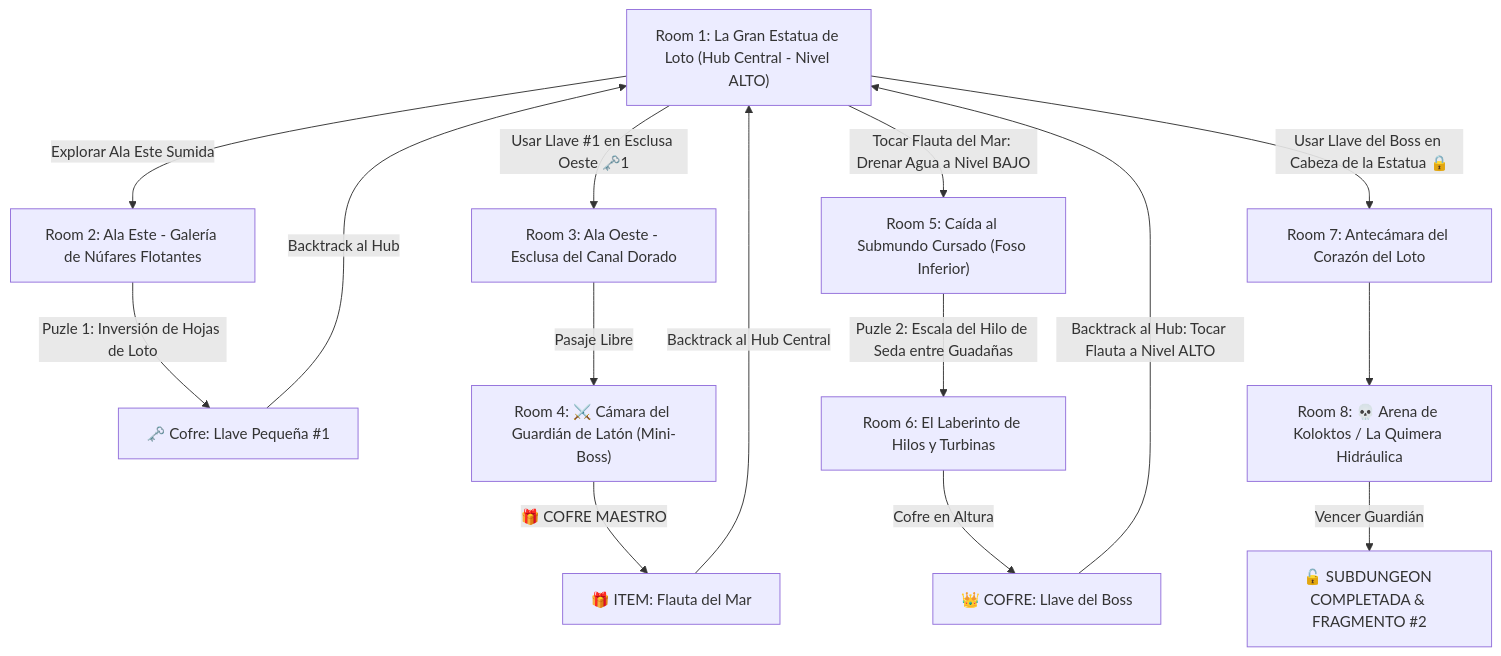
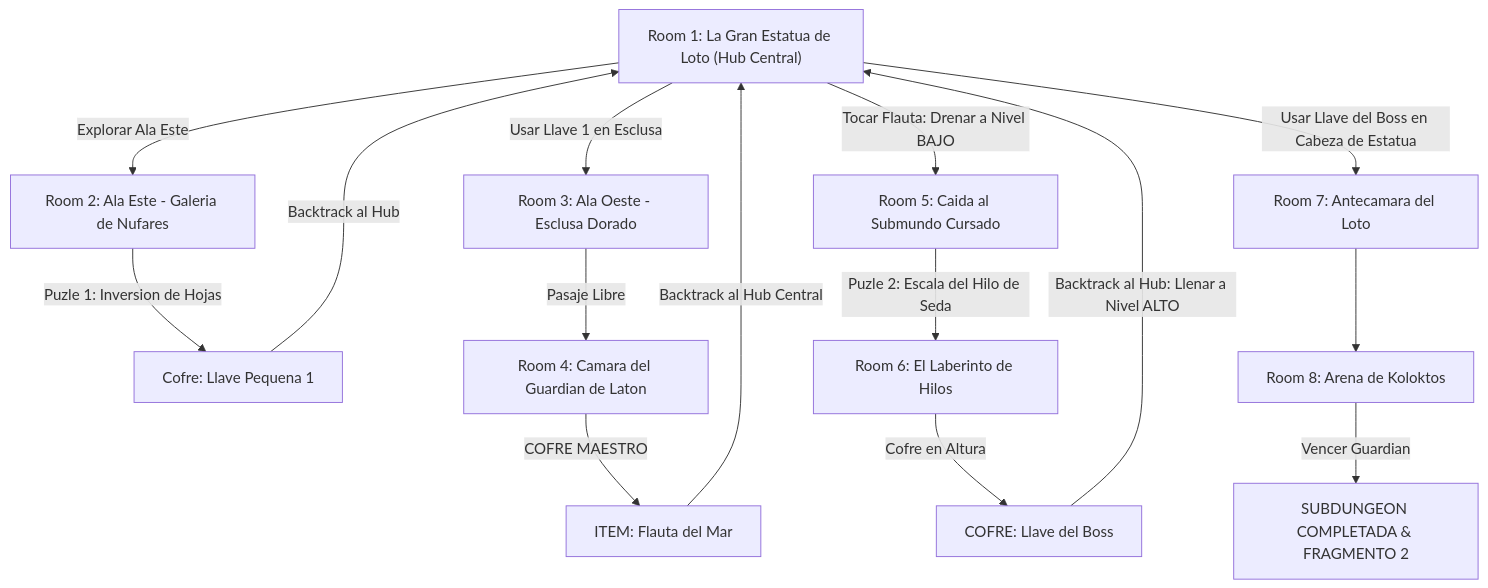
The diagram in 7 - DM/OneShots/ARepeat/Subdungeons/02_Subdungeon_Agua_Cisterna.md (linkmati/ShivathLyss), drawn with Mermaid before and after one commit. The commit also changed 15 other files, not shown here.

Commit message:
Fix Mermaid diagram syntax for all Subdungeons in Obsidian

````diff
--- a/7 - DM/OneShots/ARepeat/Subdungeons/02_Subdungeon_Agua_Cisterna.md
+++ b/7 - DM/OneShots/ARepeat/Subdungeons/02_Subdungeon_Agua_Cisterna.md
@@ -14,20 +14,20 @@
 ```mermaid
 graph TD
-    S1["Room 1: La Gran Estatua de Loto (Hub Central - Nivel ALTO)"] -->|Explorar Ala Este Sumida| S2["Room 2: Ala Este - Galería de Núfares Flotantes"]
-    S2 -->|Puzle 1: Inversión de Hojas de Loto| S2_Key["🗝️ Cofre: Llave Pequeña #1"]
+    S1["Room 1: La Gran Estatua de Loto (Hub Central)"] -->|Explorar Ala Este| S2["Room 2: Ala Este - Galeria de Nufares"]
+    S2 -->|Puzle 1: Inversion de Hojas| S2_Key["Cofre: Llave Pequena 1"]
     S2_Key -->|Backtrack al Hub| S1
     
-    S1 -->|Usar Llave #1 en Esclusa Oeste 🗝️1| S3["Room 3: Ala Oeste - Esclusa del Canal Dorado"]
-    S3 -->|Pasaje Libre| S4["Room 4: ⚔️ Cámara del Guardián de Latón (Mini-Boss)"]
-    S4 -->|🎁 COFRE MAESTRO| Item["🎁 ITEM: Flauta del Mar"]
+    S1 -->|Usar Llave 1 en Esclusa| S3["Room 3: Ala Oeste - Esclusa Dorado"]
+    S3 -->|Pasaje Libre| S4["Room 4: Camara del Guardian de Laton"]
+    S4 -->|COFRE MAESTRO| Item["ITEM: Flauta del Mar"]
     
     Item -->|Backtrack al Hub Central| S1
-    S1 -->|Tocar Flauta del Mar: Drenar Agua a Nivel BAJO| S5["Room 5: Caída al Submundo Cursado (Foso Inferior)"]
-    S5 -->|Puzle 2: Escala del Hilo de Seda entre Guadañas| S6["Room 6: El Laberinto de Hilos y Turbinas"]
-    S6 -->|Cofre en Altura| BossKey["👑 COFRE: Llave del Boss"]
+    S1 -->|Tocar Flauta: Drenar a Nivel BAJO| S5["Room 5: Caida al Submundo Cursado"]
+    S5 -->|Puzle 2: Escala del Hilo de Seda| S6["Room 6: El Laberinto de Hilos"]
+    S6 -->|Cofre en Altura| BossKey["COFRE: Llave del Boss"]
     
-    BossKey -->|Backtrack al Hub: Tocar Flauta a Nivel ALTO| S1
-    S1 -->|Usar Llave del Boss en Cabeza de la Estatua 🔒| S7["Room 7: Antecámara del Corazón del Loto"]
-    S7 --> S8["Room 8: 💀 Arena de Koloktos / La Quimera Hidráulica"]
-    S8 -->|Vencer Guardián| Win["🔓 SUBDUNGEON COMPLETADA & FRAGMENTO #2"]
+    BossKey -->|Backtrack al Hub: Llenar a Nivel ALTO| S1
+    S1 -->|Usar Llave del Boss en Cabeza de Estatua| S7["Room 7: Antecamara del Loto"]
+    S7 --> S8["Room 8: Arena de Koloktos"]
+    S8 -->|Vencer Guardian| Win["SUBDUNGEON COMPLETADA & FRAGMENTO 2"]
 ```
````
